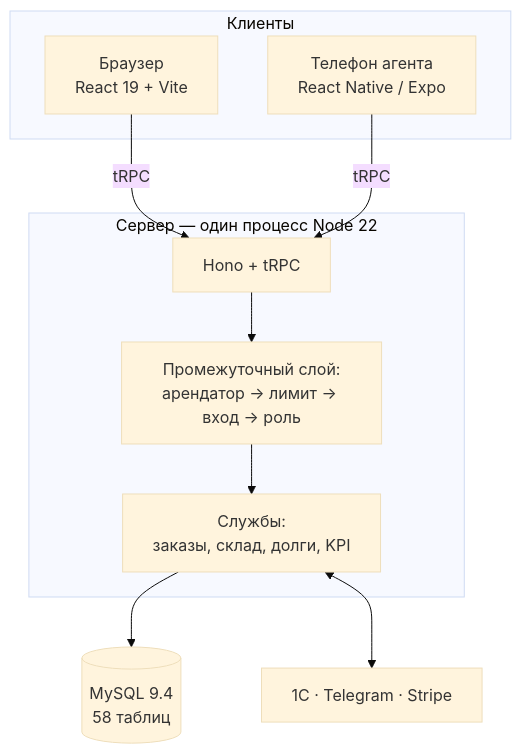
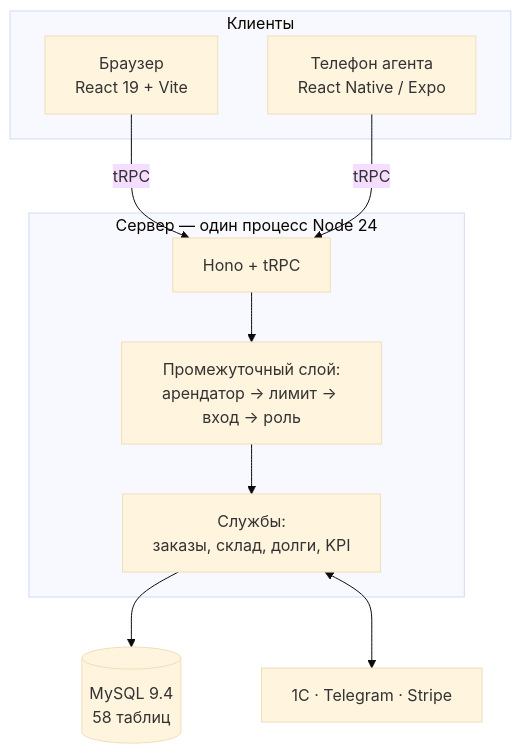
The diagram in README.md (Nightcall7442/Warehouse-Pro), drawn with Mermaid (base theme) before and after one commit. The commit also changed other lines of this file and 18 other files, not shown here.

````diff
--- a/README.md
+++ b/README.md
@@ -97,23 +97,23 @@
 ```mermaid
 flowchart TB
     subgraph Клиенты
         W["Браузер<br/>React 19 + Vite"]
         M["Телефон агента<br/>React Native / Expo"]
     end
 
-    subgraph Server["Сервер — один процесс Node 22"]
+    subgraph Server["Сервер — один процесс Node 24"]
         H["Hono + tRPC"]
         MW["Промежуточный слой:<br/>арендатор → лимит → вход → роль"]
         S["Службы:<br/>заказы, склад, долги, KPI"]
     end
 
     DB[("MySQL 9.4<br/>58 таблиц")]
     EXT["1С · Telegram · Stripe"]
 
     W -->|tRPC| H
     M -->|tRPC| H
     H --> MW
     MW --> S
     S --> DB
     S <--> EXT
 ```
````
